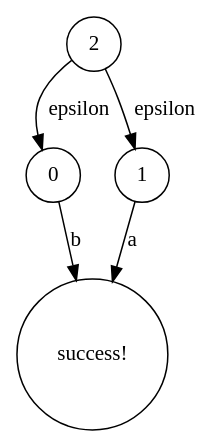
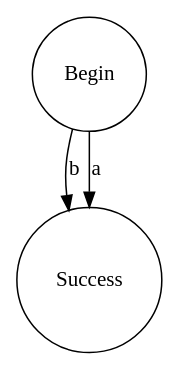
Before and after one commit to ayanamists/MyRegEngine: the diagram in MyRegEngine/bin/Debug/netcoreapp3.1/TestCase3.dot, drawn with Graphviz. The commit also changed 26 other files, not shown here.

```diff
--- a/MyRegEngine/bin/Debug/netcoreapp3.1/TestCase3.dot
+++ b/MyRegEngine/bin/Debug/netcoreapp3.1/TestCase3.dot
@@ -1,1 +1,1 @@
-digraph TestCase3 { 0 [shape=circle,label="0"]; 1 [shape=circle,label="1"]; 2 [shape=circle,label="2"]; success [shape=circle,label="success!"]; 0 -> success[label="b"]; 1 -> success[label="a"]; 2 -> 1[label="epsilon"]; 2 -> 0[label="epsilon"]; }
+digraph TestCase3 { 1 [shape=circle,label="Begin"]; 2 [shape=circle,label="Success"]; 1 -> 2[label="b"]; 1 -> 2[label="a"]; }
```
